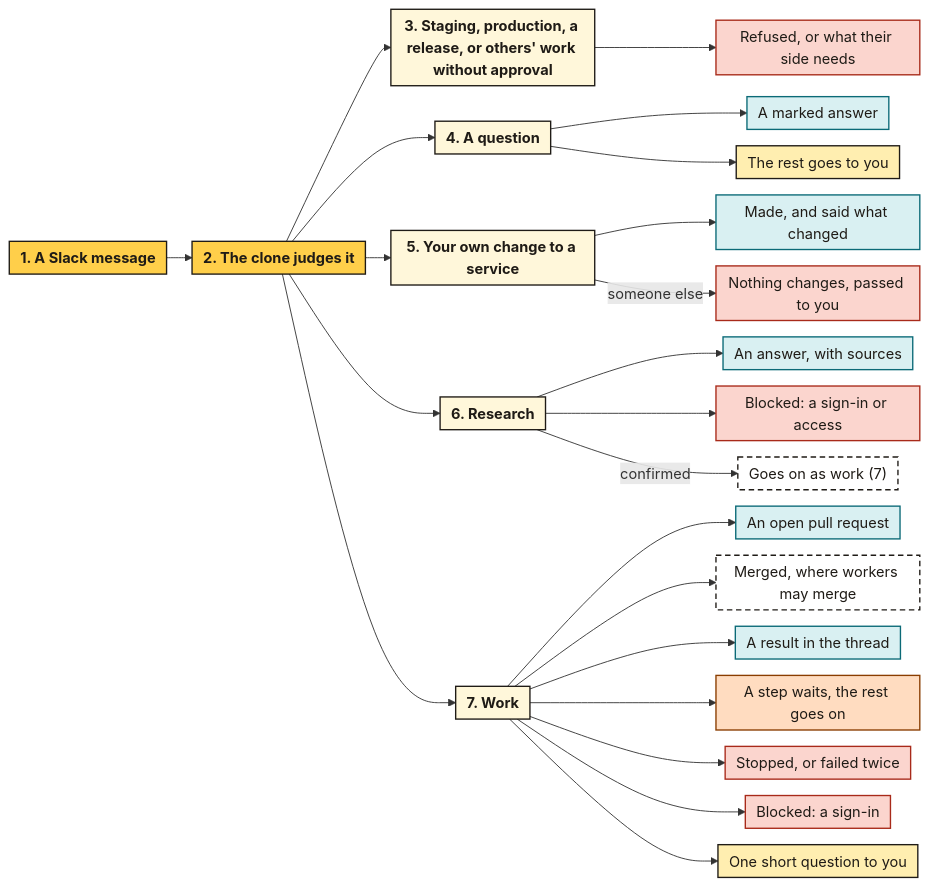
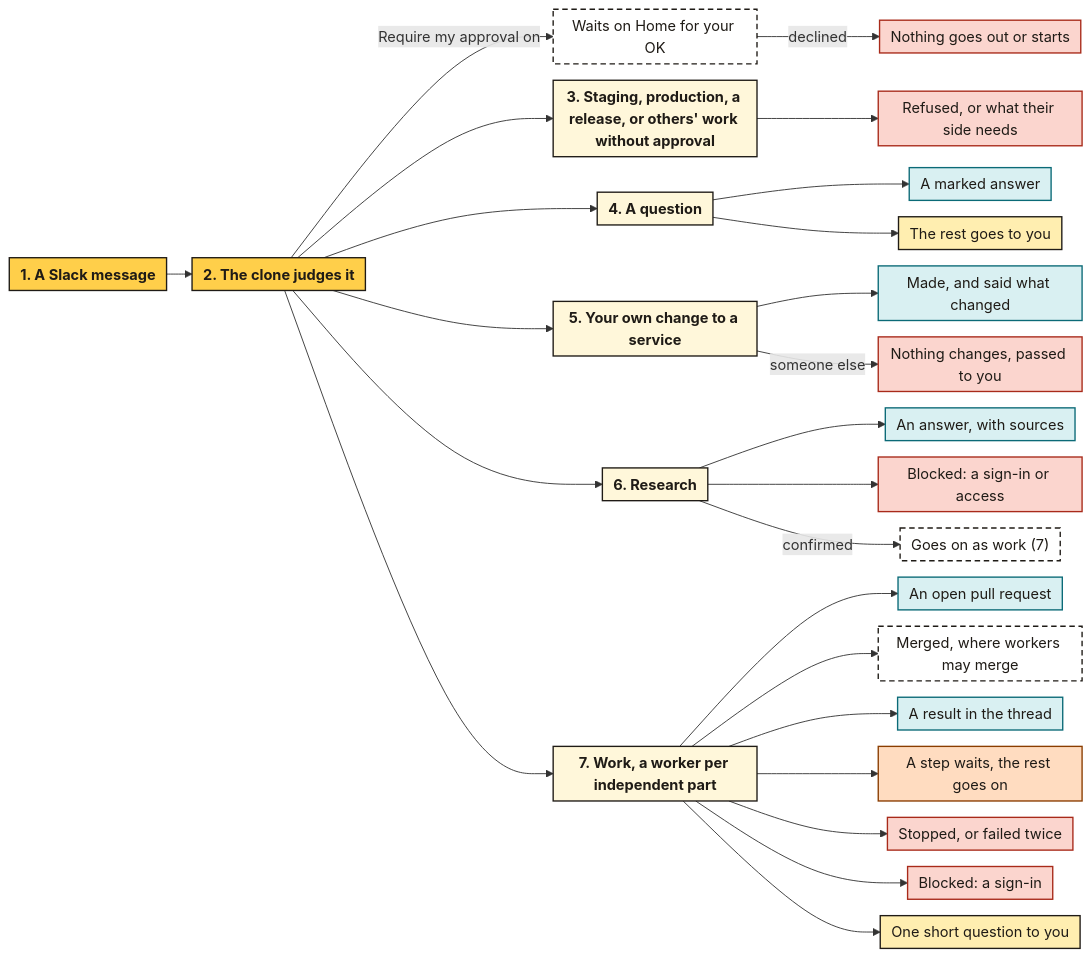
Before and after one commit to dumdummisha/docs: the diagram in diagrams/request-to-outcome.mmd, drawn with Mermaid. The commit also changed 2 other files, not shown here.

Commit message:
docs(use): present Misha as a bot around your own Claude Code or OpenCode, with approvals and parallel workers in the request diagram

```diff
--- a/diagrams/request-to-outcome.mmd
+++ b/diagrams/request-to-outcome.mmd
@@ -1,43 +1,46 @@
 %%{init: {"flowchart": {"rankSpacing": 28, "nodeSpacing": 18, "padding": 6}}}%%
 flowchart LR
   accTitle: A request and its possible outcomes
-  accDescr: A Slack message reaches the clone, which judges it as a refused request, a question, your own change to a service, research or work. A refusal ends with what the person's side needs. A question ends with an answer, or goes to you when the asker may not ask for work. Your own change is made, and anyone else's changes nothing. Research ends with an answer or a blocked report, and a confirmed problem goes on as work. Work ends with an open pull request, a merge where workers may merge, or a result in the thread, and it can wait on something missing, stop, be blocked by a sign-in or access, or ask you one short question. The numbered list under the diagram describes every path.
+  accDescr: A Slack message reaches the clone, which judges it. While Require my approval is on, its reply and any work it would start wait on Home for your OK, and a declined one sends and starts nothing. The clone judges the message as a refused request, a question, your own change to a service, research or work. A refusal ends with what the person's side needs. A question ends with an answer, or goes to you when the asker may not ask for work. Your own change is made, and anyone else's changes nothing. Research ends with an answer or a blocked report, and a confirmed problem goes on as work. Work goes to a worker per independent part and ends with an open pull request, a merge where workers may merge, or a result in the thread, and it can wait on something missing, stop, be blocked by a sign-in or access, or ask you one short question. The numbered list under the diagram describes every path.
 
   msg["1. A Slack message"]:::start
   judge["2. The clone judges it"]:::start
 
   msg --> judge
 
+  judge -->|"Require my approval on"| held["Waits on Home for your OK"]:::conditional
+  held -->|"declined"| declined["Nothing goes out or starts"]:::stop
+
   judge --> refused["3. Staging, production, a release, or others' work without approval"]:::path
   judge --> question["4. A question"]:::path
   judge --> own["5. Your own change to a service"]:::path
   judge --> research["6. Research"]:::path
-  judge --> work["7. Work"]:::path
+  judge --> work["7. Work, a worker per independent part"]:::path
 
   refused --> said["Refused, or what their side needs"]:::stop
 
   question --> answer["A marked answer"]:::result
   question --> passed["The rest goes to you"]:::decision
 
   own --> changed["Made, and said what changed"]:::result
   own -->|"someone else"| unchanged["Nothing changes, passed to you"]:::stop
 
   research --> report["An answer, with sources"]:::result
   research --> blocked["Blocked: a sign-in or access"]:::stop
   research -->|"confirmed"| goes["Goes on as work (7)"]:::conditional
 
   work --> pr["An open pull request"]:::result
   work --> merged["Merged, where workers may merge"]:::conditional
   work --> done["A result in the thread"]:::result
   work --> waits["A step waits, the rest goes on"]:::wait
   work --> stops["Stopped, or failed twice"]:::stop
   work --> blockedwork["Blocked: a sign-in"]:::stop
   work --> ask["One short question to you"]:::decision
 
   classDef start fill:#ffcf4a,stroke:#1f1b16,stroke-width:1.5px,color:#1f1b16,font-weight:bold
   classDef path fill:#fff7da,stroke:#1f1b16,stroke-width:1.5px,color:#1f1b16,font-weight:bold
   classDef result fill:#d9f0f2,stroke:#0b6a77,stroke-width:1.5px,color:#1f1b16
   classDef wait fill:#ffdcc0,stroke:#8a3d00,stroke-width:1.5px,color:#1f1b16
   classDef stop fill:#fbd5ce,stroke:#a82a1a,stroke-width:1.5px,color:#1f1b16
   classDef decision fill:#ffeeb0,stroke:#1f1b16,stroke-width:1.5px,color:#1f1b16
   classDef conditional fill:#ffffff,stroke:#1f1b16,stroke-width:1.5px,stroke-dasharray:6 4,color:#1f1b16
```
